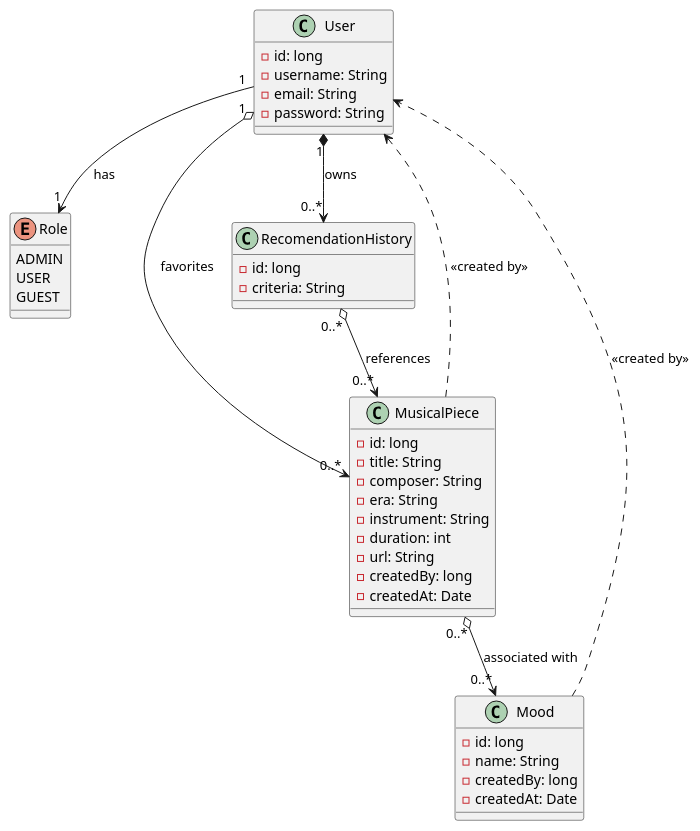
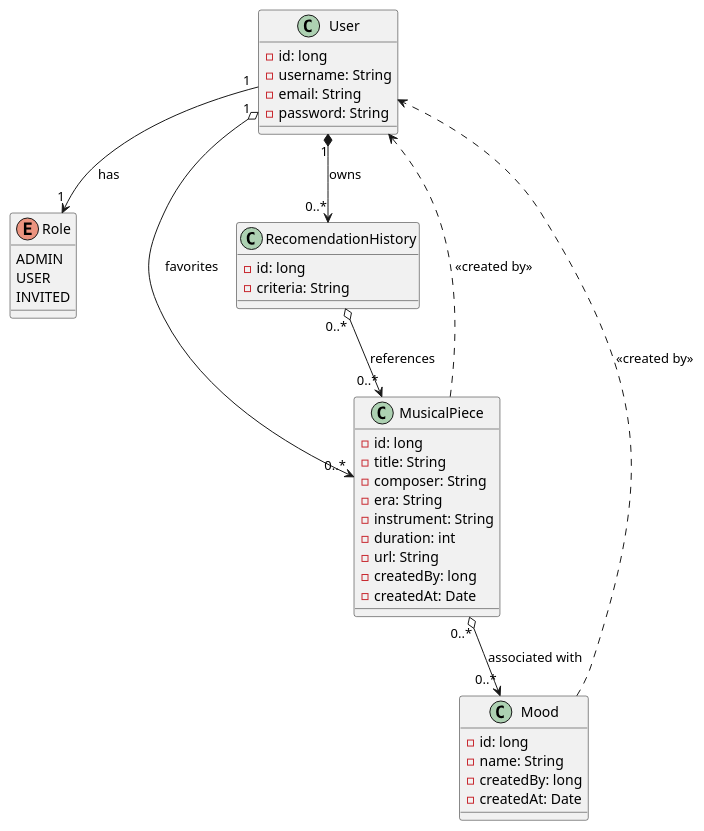
One commit to daffy22/music-lover-backend changed the diagram in docs/diagrams/class-diagram.puml. Above: the diagram before and after it, drawn with PlantUML. The commit also changed 7 other files, not shown here.

```diff
--- a/docs/diagrams/class-diagram.puml
+++ b/docs/diagrams/class-diagram.puml
@@ -1,49 +1,49 @@
 @startuml
 class User {
   - id: long
   - username: String
   - email: String
   - password: String
 }
 
 enum Role {
   ADMIN
   USER
-  GUEST
+  INVITED
 }
 
 class MusicalPiece {
   - id: long
   - title: String
   - composer: String
   - era: String
   - instrument: String
   - duration: int
   - url: String
   - createdBy: long
   - createdAt: Date
 }
 
 class Mood {
   - id: long
   - name: String
   - createdBy: long
   - createdAt: Date
 }
 
 class RecomendationHistory {
   - id: long
   - criteria: String
 }
 
 ' Relaciones principales
 User "1" --> "1" Role : has
 User "1" *--> "0..*" RecomendationHistory : owns
 User "1" o--> "0..*" MusicalPiece : favorites
 RecomendationHistory "0..*" o--> "0..*" MusicalPiece : references
 MusicalPiece "0..*" o--> "0..*" Mood : associated with
 
 ' Auditoría (dependencia)
 MusicalPiece ..> User : <<created by>>
 Mood ..> User : <<created by>>
 @enduml
```
